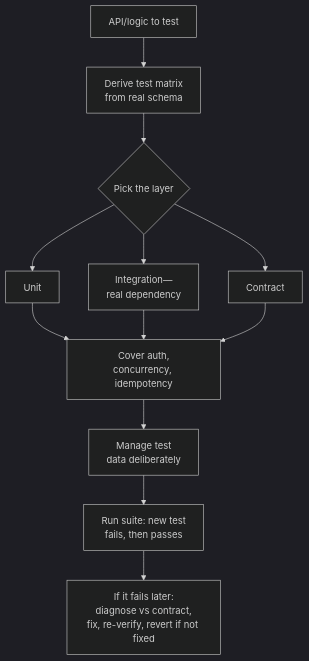
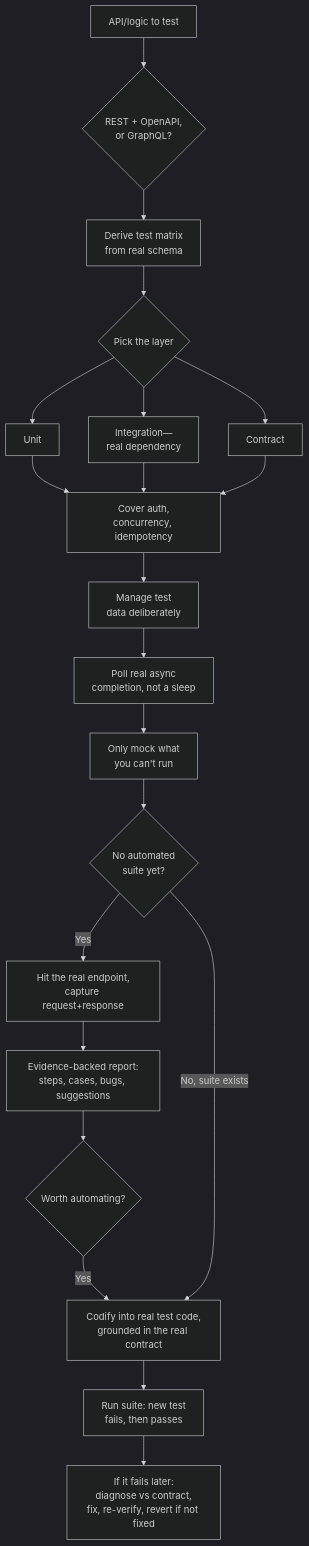
Diagram 11 of 38 in FLOWS.md (chiragmangaldev3112/agent-playbooks), drawn with Mermaid (dark theme) before and after one commit. The commit also changed other lines of this file and 6 other files, not shown here.

First line of the commit message:
Sync docs for content 1.29.0: flows, examples, changelog, custom bots

````diff
--- a/FLOWS.md
+++ b/FLOWS.md
@@ -180,14 +200,23 @@
 ```mermaid
 flowchart TD
-    A[API/logic to test] --> B[Derive test matrix\nfrom real schema]
+    A[API/logic to test] --> A2{REST + OpenAPI,\nor GraphQL?}
+    A2 --> B[Derive test matrix\nfrom real schema]
     B --> C{Pick the layer}
     C --> D[Unit]
     C --> E[Integration—\nreal dependency]
     C --> F[Contract]
     D --> G[Cover auth,\nconcurrency, idempotency]
     E --> G
     F --> G
     G --> H[Manage test\ndata deliberately]
-    H --> I[Run suite: new test\nfails, then passes]
+    H --> H2[Poll real async\ncompletion, not a sleep]
+    H2 --> H3[Only mock what\nyou can't run]
+    H3 --> H4{No automated\nsuite yet?}
+    H4 -->|Yes| H5[Hit the real endpoint,\ncapture request+response]
+    H5 --> H6[Evidence-backed report:\nsteps, cases, bugs, suggestions]
+    H6 --> H7{Worth automating?}
+    H7 -->|Yes| H8[Codify into real test code,\ngrounded in the real contract]
+    H4 -->|No, suite exists| H8
+    H8 --> I[Run suite: new test\nfails, then passes]
     I --> J[If it fails later:\ndiagnose vs contract,\nfix, re-verify, revert if not fixed]
 ```
````
